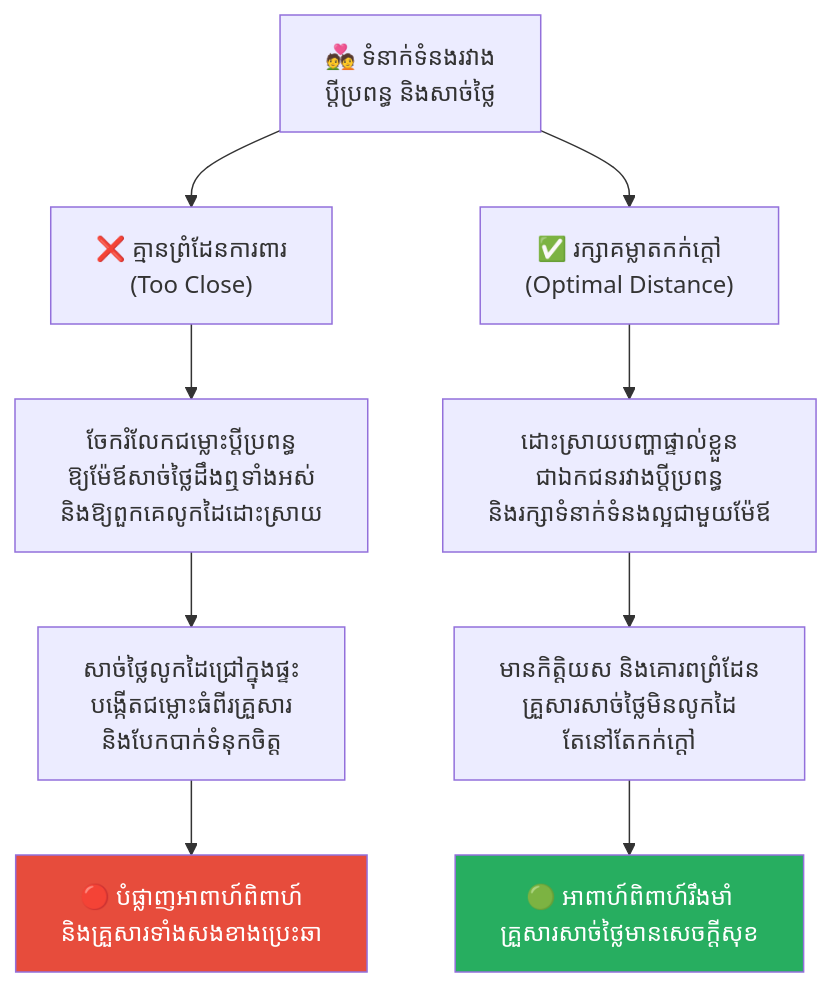
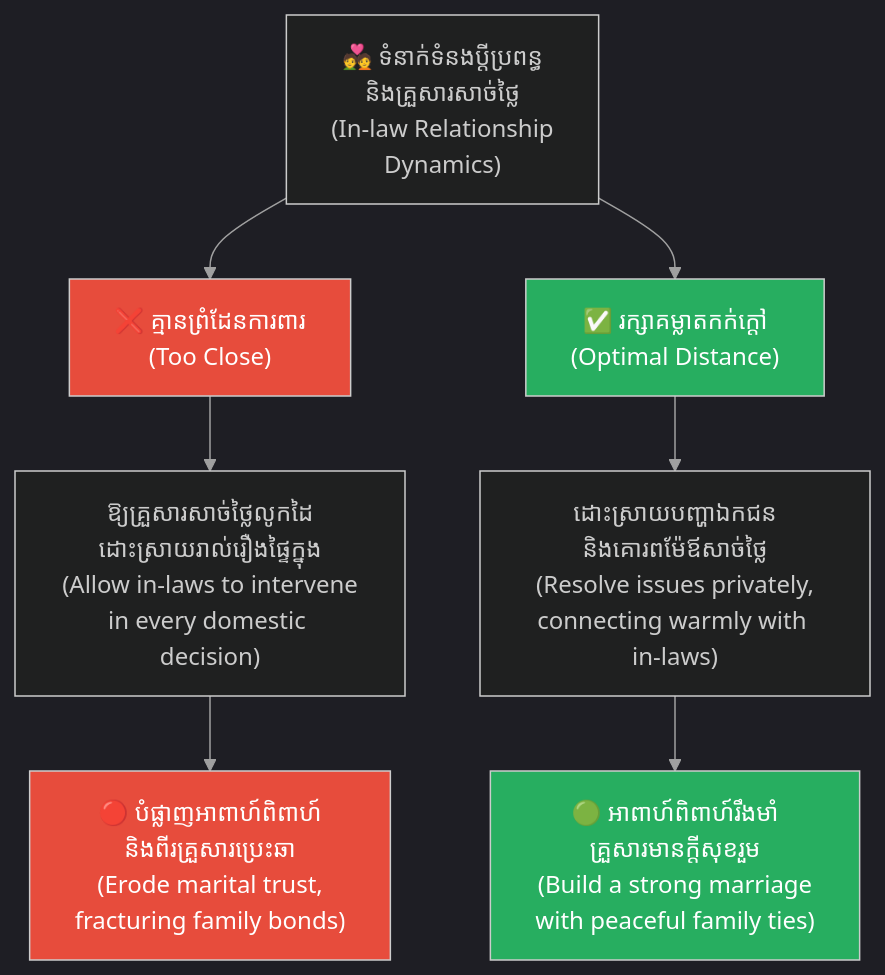
The fifth of 5 diagrams in feeds/concepts/articles/07-hedgehog-dilemma.md (GuideStack/iblogger-feeds), drawn with Mermaid before and after one commit. The commit also changed other lines of this file, not shown here.

Commit message:
docs: upgrade 07-hedgehog-dilemma.md to bilingual layout and styled diagrams

````diff
--- a/feeds/concepts/articles/07-hedgehog-dilemma.md
+++ b/feeds/concepts/articles/07-hedgehog-dilemma.md
@@ -175,16 +279,25 @@
 ```mermaid
+%%{init: {
+  'theme': 'dark',
+  'themeVariables': {
+    'background': '#1e1e1e',
+    'primaryTextColor': '#ffffff',
+    'lineColor': '#a0a0a0'
+  },
+  'themeCSS': 'svg { background-color: #1e1e1e !important; padding: 1rem !important; border-radius: 8px !important; } .edgeLabel rect { fill: #1e1e1e !important; } text, tspan { fill: #ffffff !important; }'
+}}%%
 graph TD
-    A["💑 ទំនាក់ទំនងរវាង<br/>ប្តីប្រពន្ធ និងសាច់ថ្លៃ"] --> B1["❌ គ្មានព្រំដែនការពារ<br/>(Too Close)"]
+    A["💑 ទំនាក់ទំនងប្តីប្រពន្ធ<br/>និងគ្រួសារសាច់ថ្លៃ<br/>(In-law Relationship<br/>Dynamics)"] --> B1["❌ គ្មានព្រំដែនការពារ<br/>(Too Close)"]
     A --> B2["✅ រក្សាគម្លាតកក់ក្តៅ<br/>(Optimal Distance)"]
-    
-    B1 --> C1["ចែករំលែកជម្លោះប្តីប្រពន្ធ<br/>ឱ្យម៉ែឪសាច់ថ្លៃដឹងឮទាំងអស់<br/>និងឱ្យពួកគេលូកដៃដោះស្រាយ"]
-    C1 --> D1["សាច់ថ្លៃលូកដៃជ្រៅក្នុងផ្ទះ<br/>បង្កើតជម្លោះធំពីរគ្រួសារ<br/>និងបែកបាក់ទំនុកចិត្ត"]
-    D1 --> E1["🔴 បំផ្លាញអាពាហ៍ពិពាហ៍<br/>និងគ្រួសារទាំងសងខាងប្រេះឆា"]
-    
-    B2 --> C2["ដោះស្រាយបញ្ហាផ្ទាល់ខ្លួន<br/>ជាឯកជនរវាងប្តីប្រពន្ធ<br/>និងរក្សាទំនាក់ទំនងល្អជាមួយម៉ែឪ"]
-    C2 --> D2["មានកិត្តិយស និងគោរពព្រំដែន<br/>គ្រួសារសាច់ថ្លៃមិនលូកដៃ<br/>តែនៅតែកក់ក្តៅ"]
-    D2 --> E2["🟢 អាពាហ៍ពិពាហ៍រឹងមាំ<br/>គ្រួសារសាច់ថ្លៃមានសេចក្តីសុខ"]
 
-    style E1 fill:#e74c3c,color:#fff
-    style E2 fill:#27ae60,color:#fff
+    B1 --> C1["ឱ្យគ្រួសារសាច់ថ្លៃលូកដៃ<br/>ដោះស្រាយរាល់រឿងផ្ទៃក្នុង<br/>(Allow in-laws to intervene<br/>in every domestic decision)"]
+    C1 --> D1["🔴 បំផ្លាញអាពាហ៍ពិពាហ៍<br/>និងពីរគ្រួសារប្រេះឆា<br/>(Erode marital trust,<br/>fracturing family bonds)"]
+
+    B2 --> C2["ដោះស្រាយបញ្ហាឯកជន<br/>និងគោរពម៉ែឪសាច់ថ្លៃ<br/>(Resolve issues privately,<br/>connecting warmly with in-laws)"]
+    C2 --> D2["🟢 អាពាហ៍ពិពាហ៍រឹងមាំ<br/>គ្រួសារមានក្តីសុខរួម<br/>(Build a strong marriage<br/>with peaceful family ties)"]
+
+    style B1 fill:#e74c3c,color:#fff
+    style B2 fill:#27ae60,color:#fff
+    style D1 fill:#e74c3c,color:#fff
+    style D2 fill:#27ae60,color:#fff
 ```
````
